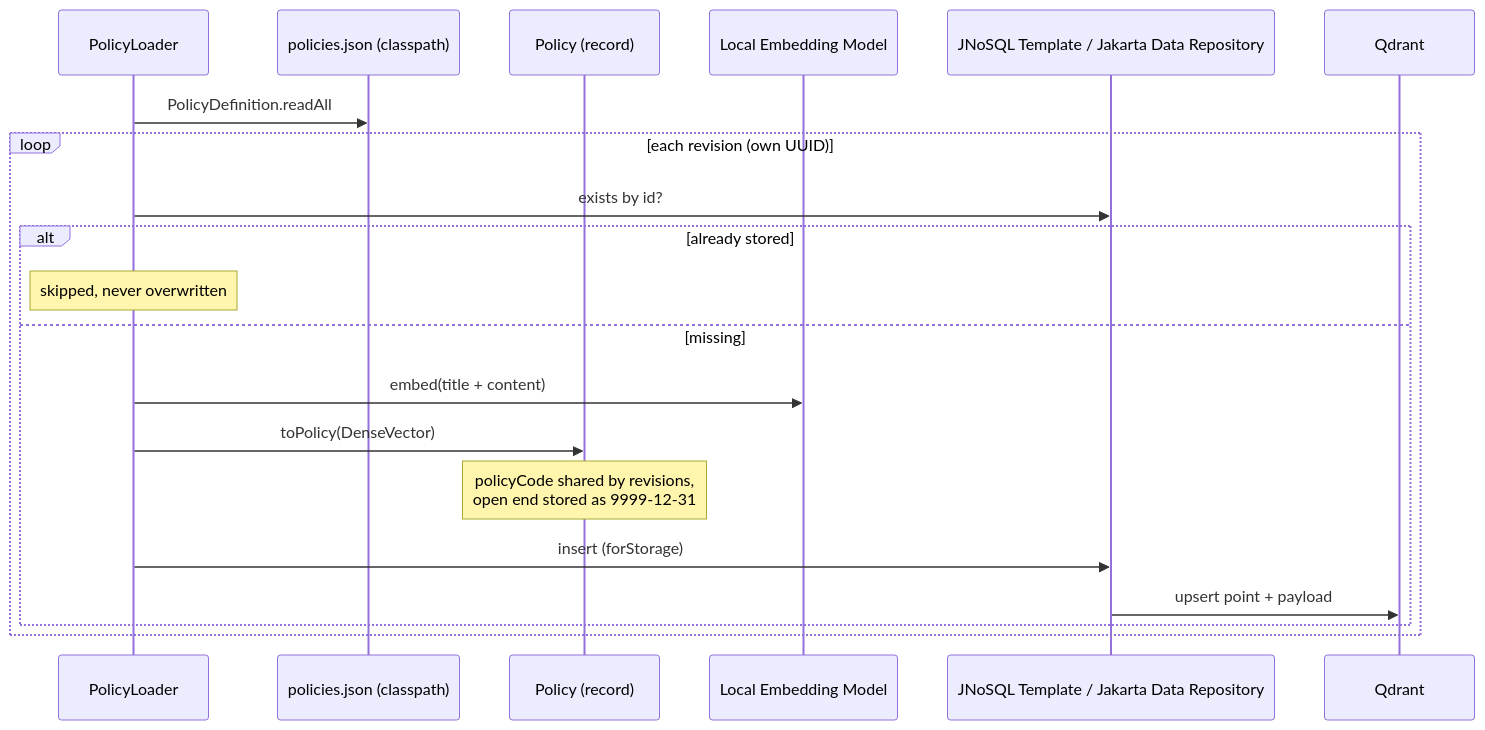
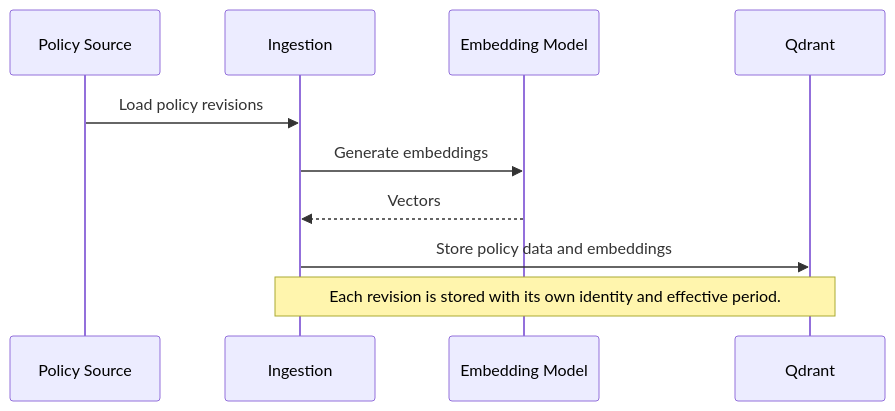
The fourth of 4 diagrams in README.md (otaviojava/jnosql-langchain4j-rag-se), drawn with Mermaid before and after one commit. The commit also changed other lines of this file, not shown here.

First line of the commit message:
docs(README): simplify architecture section and streamline diagrams

````diff
--- a/README.md
+++ b/README.md
@@ -159,23 +79,13 @@
 ```mermaid
 sequenceDiagram
-    participant PL as PolicyLoader
-    participant J as policies.json (classpath)
-    participant E as Policy (record)
-    participant EM as Local Embedding Model
-    participant P as JNoSQL Template / Jakarta Data Repository
+    participant S as Policy Source
+    participant I as Ingestion
+    participant M as Embedding Model
     participant Q as Qdrant
 
-    PL->>J: PolicyDefinition.readAll
-    loop each revision (own UUID)
-        PL->>P: exists by id?
-        alt already stored
-            Note over PL: skipped, never overwritten
-        else missing
-            PL->>EM: embed(title + content)
-            PL->>E: toPolicy(DenseVector)
-            Note over E: policyCode shared by revisions,<br/>open end stored as 9999-12-31
-            PL->>P: insert (forStorage)
-            P->>Q: upsert point + payload
-        end
-    end
+    S->>I: Load policy revisions
+    I->>M: Generate embeddings
+    M-->>I: Vectors
+    I->>Q: Store policy data and embeddings
+    Note over I,Q: Each revision is stored with its own identity and effective period.
 ```
````
